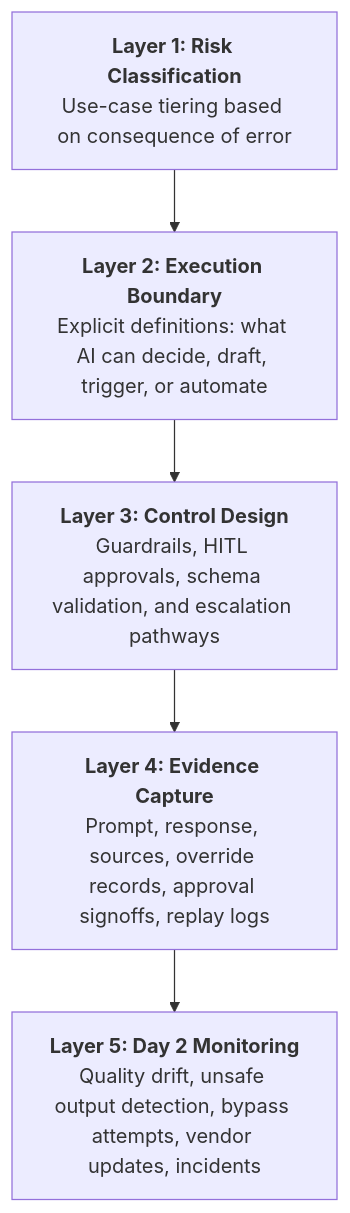
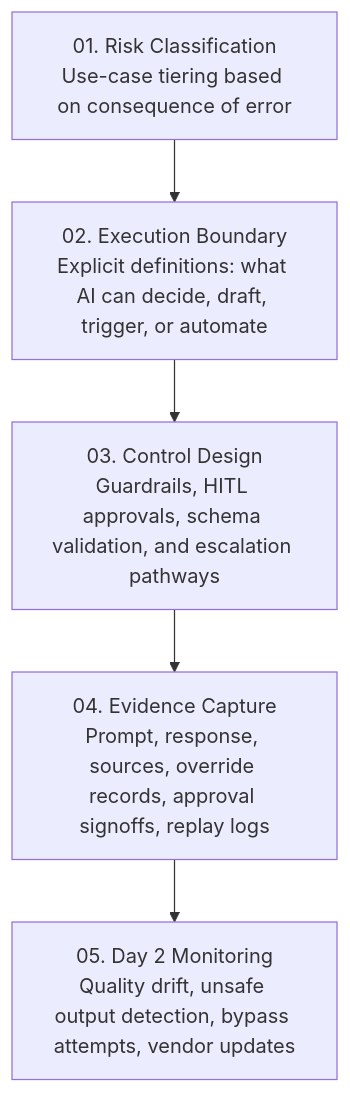
Before and after one commit to shibinantony/responsible-ai-controls-architecture: the first of 2 diagrams in docs/03-five-slide-mini-deck.md, drawn with Mermaid. The commit also changed other lines of this file and 7 other files, not shown here.

Commit message:
docs: add SVG architecture diagrams, restore tables, and fix cross-document navigation links

````diff
--- a/docs/03-five-slide-mini-deck.md
+++ b/docs/03-five-slide-mini-deck.md
@@ -36,13 +37,13 @@
 ```mermaid
 flowchart TD
-    L1["<b>Layer 1: Risk Classification</b><br/>Use-case tiering based on consequence of error"]
-    L2["<b>Layer 2: Execution Boundary</b><br/>Explicit definitions: what AI can decide, draft, trigger, or automate"]
-    L3["<b>Layer 3: Control Design</b><br/>Guardrails, HITL approvals, schema validation, and escalation pathways"]
-    L4["<b>Layer 4: Evidence Capture</b><br/>Prompt, response, sources, override records, approval signoffs, replay logs"]
-    L5["<b>Layer 5: Day 2 Monitoring</b><br/>Quality drift, unsafe output detection, bypass attempts, vendor updates, incidents"]
+    L1["01. Risk Classification<br/>Use-case tiering based on consequence of error"]
+    L2["02. Execution Boundary<br/>Explicit definitions: what AI can decide, draft, trigger, or automate"]
+    L3["03. Control Design<br/>Guardrails, HITL approvals, schema validation, and escalation pathways"]
+    L4["04. Evidence Capture<br/>Prompt, response, sources, override records, approval signoffs, replay logs"]
+    L5["05. Day 2 Monitoring<br/>Quality drift, unsafe output detection, bypass attempts, vendor updates"]
 
     L1 --> L2
     L2 --> L3
     L3 --> L4
     L4 --> L5
 ```
````
